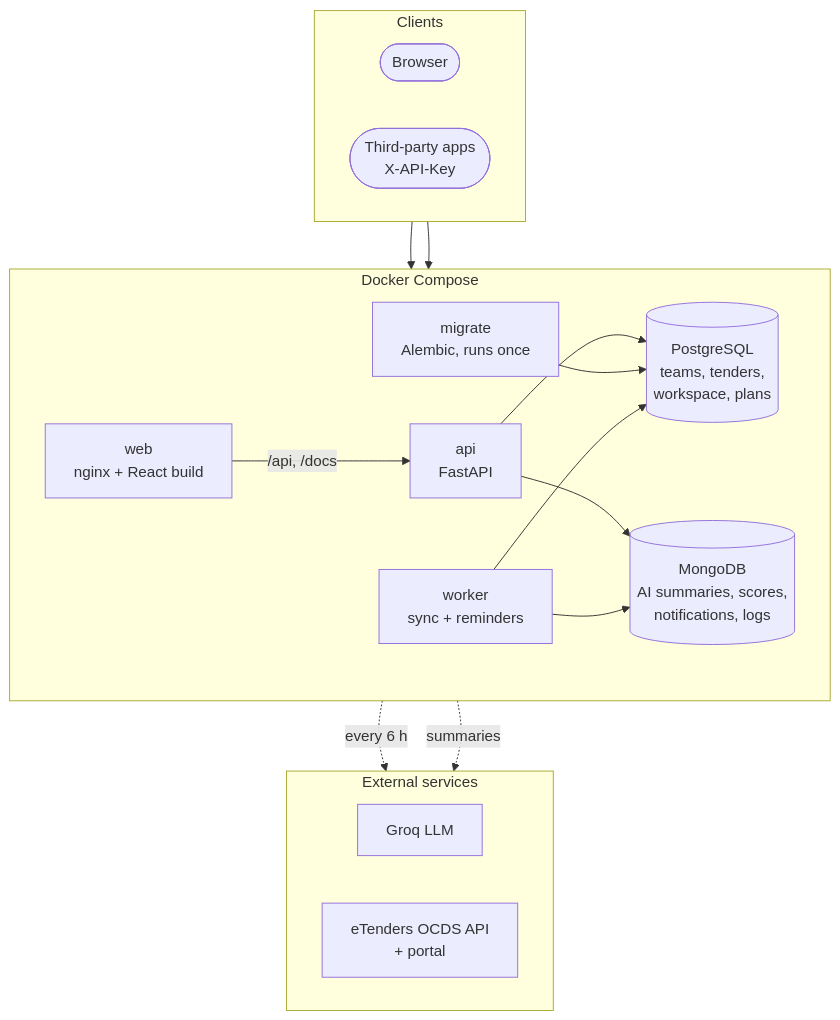
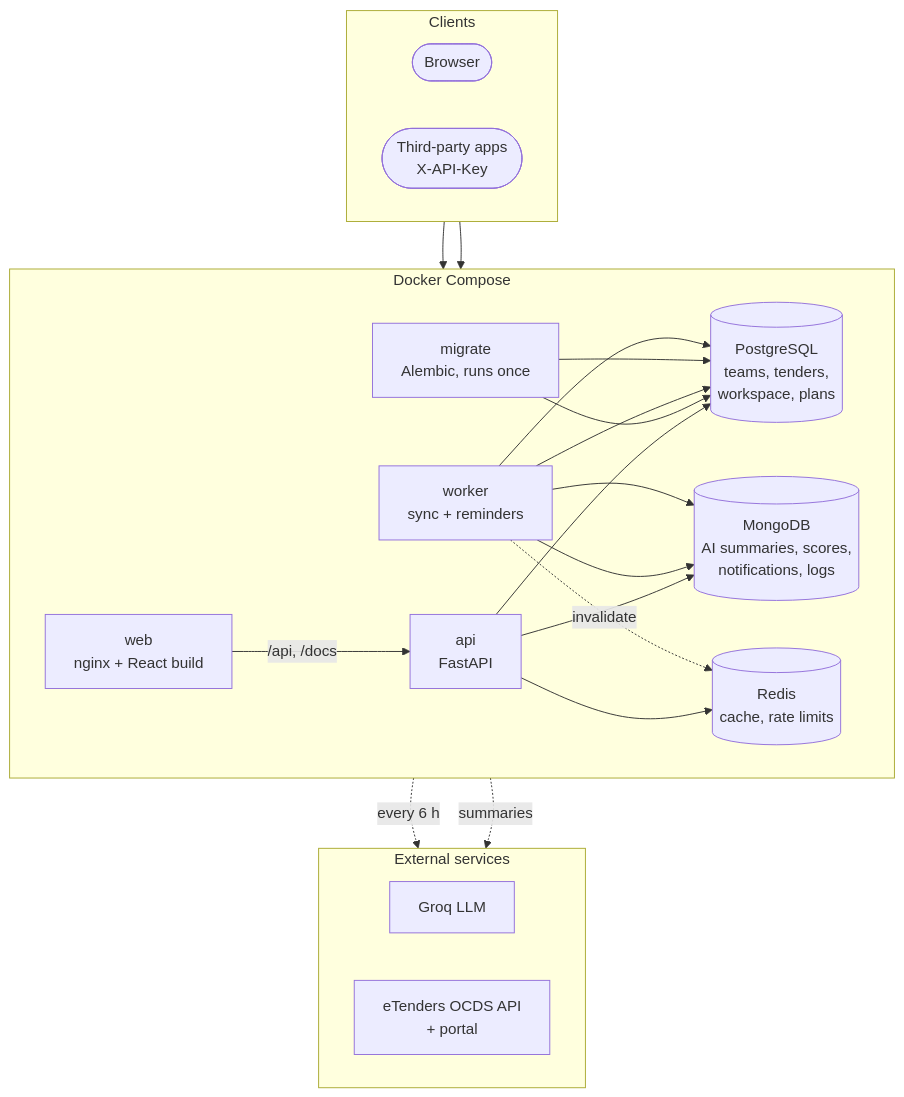
The diagram in README.md (TeekayVuyisile/etender_system), drawn with Mermaid before and after one commit. The commit also changed other lines of this file and 17 other files, not shown here.

First line of the commit message:
Add Redis caching and shared rate limits (#20)

````diff
--- a/README.md
+++ b/README.md
@@ -62,35 +62,41 @@
 ```mermaid
 flowchart TB
     subgraph clients ["Clients"]
         direction LR
         browser(["Browser"])
         apps(["Third-party apps<br/>X-API-Key"])
     end
 
     subgraph compose ["Docker Compose"]
         direction LR
         web["web<br/>nginx + React build"]
         api["api<br/>FastAPI"]
         worker["worker<br/>sync + reminders"]
         migrate["migrate<br/>Alembic, runs once"]
         pg[("PostgreSQL<br/>teams, tenders,<br/>workspace, plans")]
         mongo[("MongoDB<br/>AI summaries, scores,<br/>notifications, logs")]
+        redis[("Redis<br/>cache, rate limits")]
     end
 
     subgraph external ["External services"]
         direction LR
         groq["Groq LLM"]
         etenders["eTenders OCDS API<br/>+ portal"]
     end
 
     browser --> web
     apps --> web
     web -- "/api, /docs" --> api
     api --> pg
     api --> mongo
+    api --> redis
+    migrate --> pg
+    worker --> pg
+    worker --> mongo
+    worker -. "invalidate" .-> redis
     migrate --> pg
     worker --> pg
     worker --> mongo
     worker -. "every 6 h" .-> etenders
     api -. "summaries" .-> groq
 ```
````
